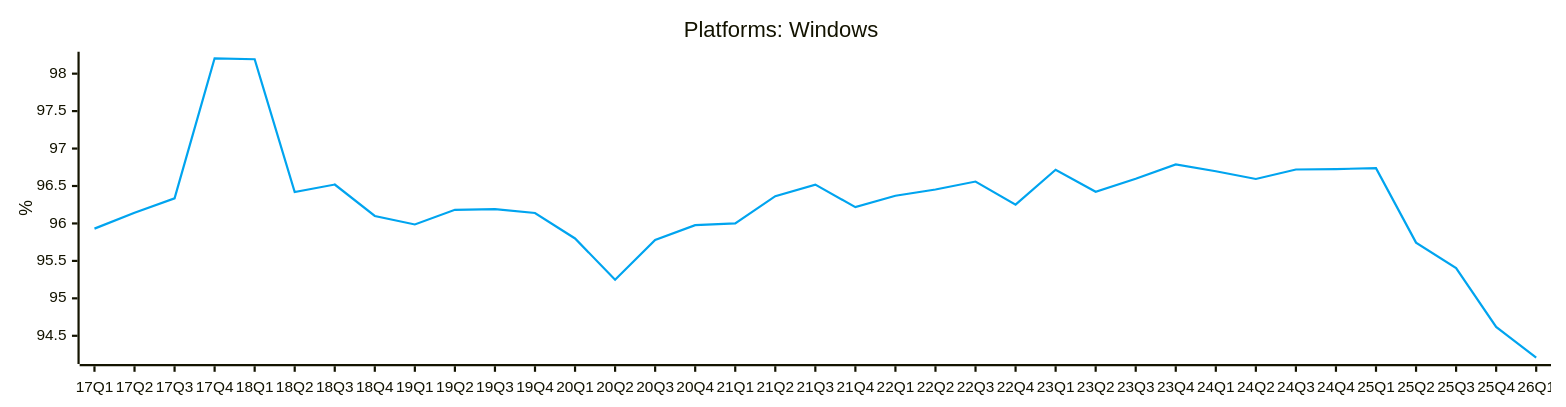
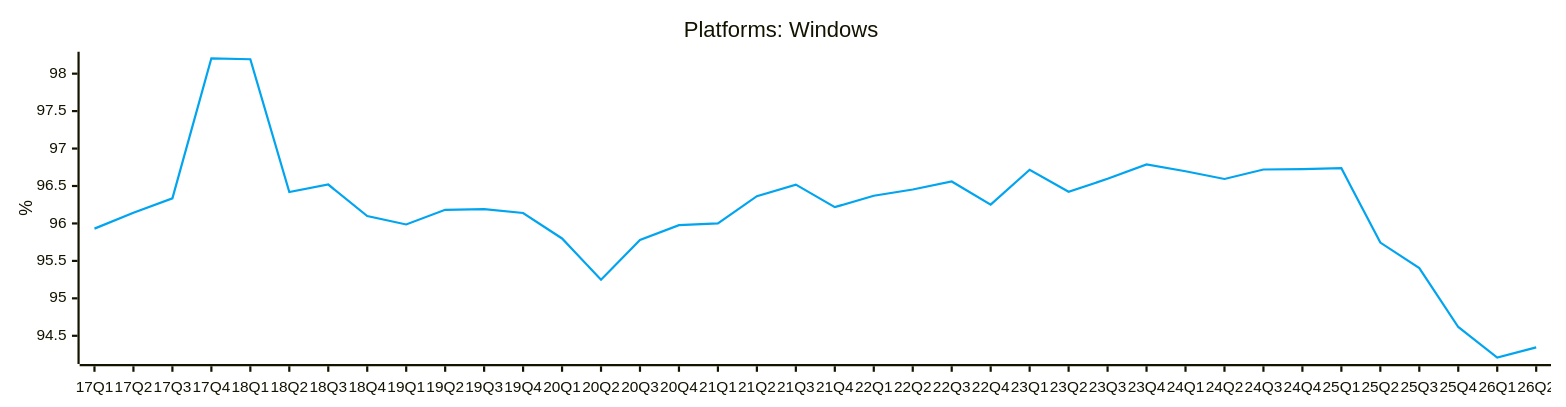
Before and after one commit to jdegene/steamHWsurvey: diagram 13 of 31 in README.md, drawn with Mermaid. The commit also changed other lines of this file and 3 other files, not shown here.

````diff
--- a/README.md
+++ b/README.md
@@ -444,19 +444,19 @@
 ```mermaid
 ---
 config:
     xyChart:
         width: 1400
         height: 350
         
     themeVariables:
         xyChart:
             plotColorPalette: "#00A4EF"
 
 --- 
 
 xychart-beta
     title "Platforms: Windows"
-    x-axis [17Q1, 17Q2, 17Q3, 17Q4, 18Q1, 18Q2, 18Q3, 18Q4, 19Q1, 19Q2, 19Q3, 19Q4, 20Q1, 20Q2, 20Q3, 20Q4, 21Q1, 21Q2, 21Q3, 21Q4, 22Q1, 22Q2, 22Q3, 22Q4, 23Q1, 23Q2, 23Q3, 23Q4, 24Q1, 24Q2, 24Q3, 24Q4, 25Q1, 25Q2, 25Q3, 25Q4, 26Q1]
+    x-axis [17Q1, 17Q2, 17Q3, 17Q4, 18Q1, 18Q2, 18Q3, 18Q4, 19Q1, 19Q2, 19Q3, 19Q4, 20Q1, 20Q2, 20Q3, 20Q4, 21Q1, 21Q2, 21Q3, 21Q4, 22Q1, 22Q2, 22Q3, 22Q4, 23Q1, 23Q2, 23Q3, 23Q4, 24Q1, 24Q2, 24Q3, 24Q4, 25Q1, 25Q2, 25Q3, 25Q4, 26Q1, 26Q2]
     y-axis "%" 
-    line [95.93077157802868, 96.14358153189218, 96.335797352114, 98.2051556994227, 98.19224868254285, 96.41927606149703, 96.5195047886008, 96.09970461570235, 95.98653029864667, 96.18231901638656, 96.1924850487725, 96.13973260690635, 95.79966074962071, 95.24887243795703, 95.77968082937306, 95.97729984600053, 96.00093389366951, 96.3644960136504, 96.51791074644787, 96.2178647614611, 96.36945418071323, 96.45358462278666, 96.559659973536, 96.25178127450455, 96.71672771330697, 96.42300386215726, 96.5964455674196, 96.78761180751577, 96.69704930026714, 96.59410712782618, 96.7203836591232, 96.72614773948945, 96.73812324746858, 95.74425762677885, 95.4048291732717, 94.61750116087791, 94.21011700277774]
+    line [95.93077157802871, 96.14358153189218, 96.335797352114, 98.2051556994227, 98.19224868254285, 96.41927606149704, 96.5195047886008, 96.09970461570235, 95.98653029864667, 96.18231901638656, 96.19248504877248, 96.13973260690635, 95.79966074962071, 95.24887243795703, 95.77968082937306, 95.97729984600053, 96.00093389366951, 96.3644960136504, 96.51791074644787, 96.21786476146109, 96.36945418071323, 96.45358462278666, 96.559659973536, 96.25178127450455, 96.71672771330697, 96.42300386215724, 96.5964455674196, 96.78761180751577, 96.69704930026714, 96.59410712782618, 96.7203836591232, 96.72614773948945, 96.73812324746858, 95.74425762677885, 95.4048291732717, 94.61750116087791, 94.21011700277774, 94.34571890145396]
 ``` 
````
